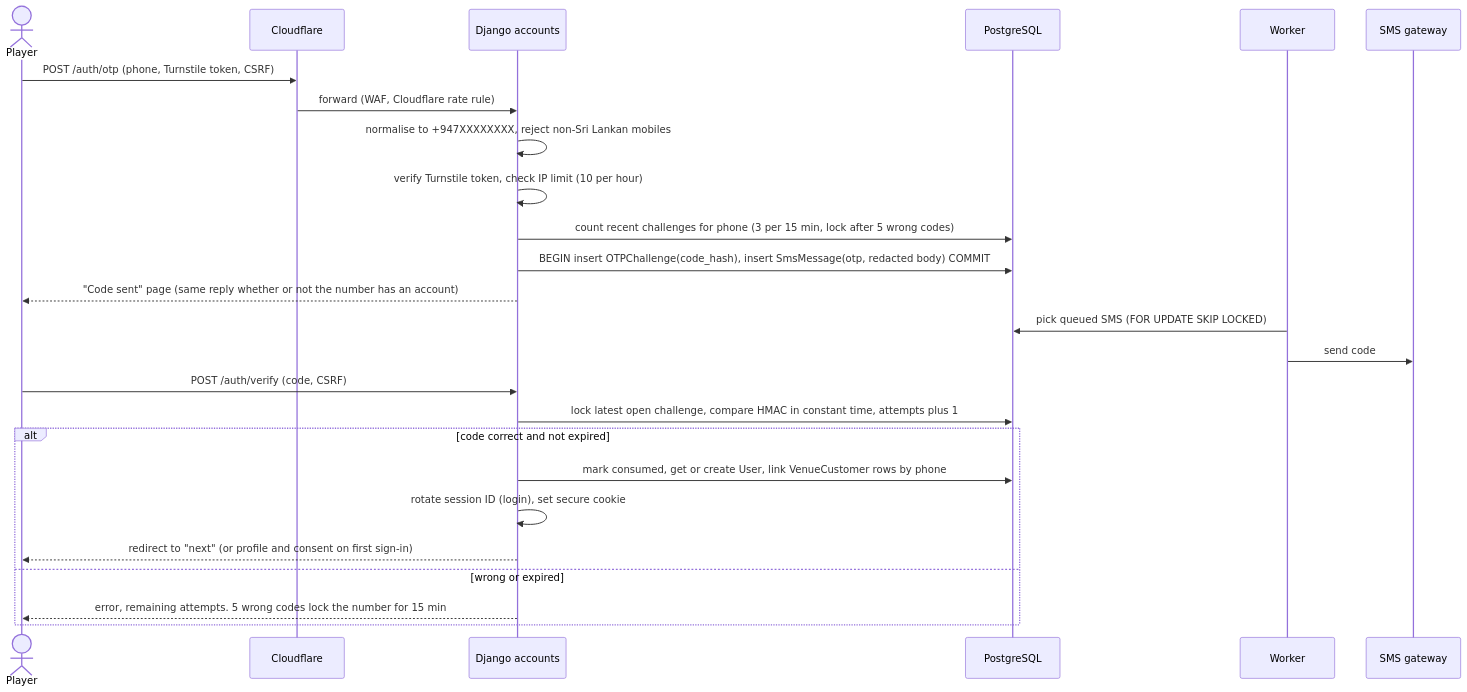
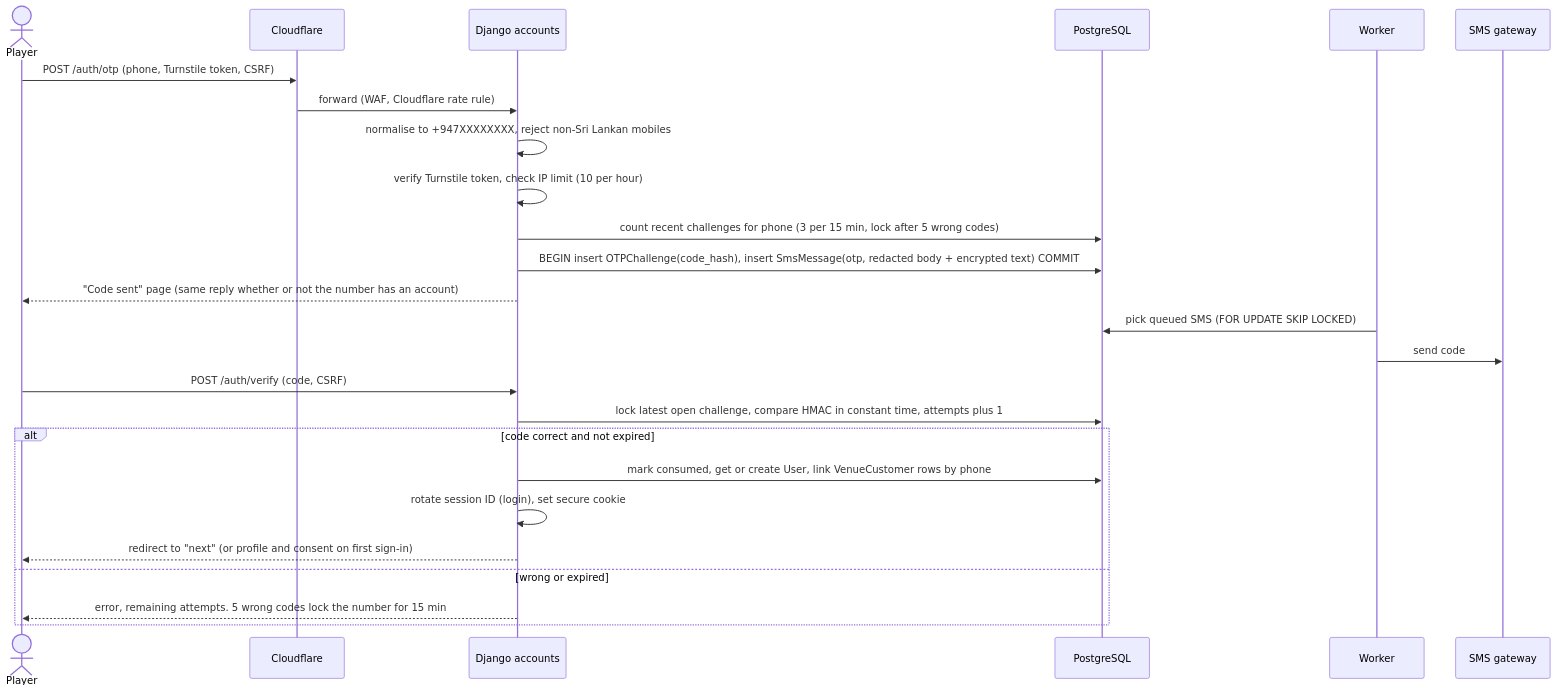
The first of 5 diagrams in docs/architecture.md (manamendraJN/Matchvia), drawn with Mermaid before and after one commit. The commit also changed other lines of this file and 3 other files, not shown here.

Commit message:
Update docs for accounts: OTP lock field, encrypted OTP outbox, progress

````diff
--- a/docs/architecture.md
+++ b/docs/architecture.md
@@ -122,28 +122,28 @@
 ```mermaid
 sequenceDiagram
     actor P as Player
     participant CF as Cloudflare
     participant D as Django accounts
     participant DB as PostgreSQL
     participant W as Worker
     participant G as SMS gateway
 
     P->>CF: POST /auth/otp (phone, Turnstile token, CSRF)
     CF->>D: forward (WAF, Cloudflare rate rule)
     D->>D: normalise to +947XXXXXXXX, reject non-Sri Lankan mobiles
     D->>D: verify Turnstile token, check IP limit (10 per hour)
     D->>DB: count recent challenges for phone (3 per 15 min, lock after 5 wrong codes)
-    D->>DB: BEGIN insert OTPChallenge(code_hash), insert SmsMessage(otp, redacted body) COMMIT
+    D->>DB: BEGIN insert OTPChallenge(code_hash), insert SmsMessage(otp, redacted body + encrypted text) COMMIT
     D-->>P: "Code sent" page (same reply whether or not the number has an account)
     W->>DB: pick queued SMS (FOR UPDATE SKIP LOCKED)
     W->>G: send code
     P->>D: POST /auth/verify (code, CSRF)
     D->>DB: lock latest open challenge, compare HMAC in constant time, attempts plus 1
     alt code correct and not expired
         D->>DB: mark consumed, get or create User, link VenueCustomer rows by phone
         D->>D: rotate session ID (login), set secure cookie
         D-->>P: redirect to "next" (or profile and consent on first sign-in)
     else wrong or expired
         D-->>P: error, remaining attempts. 5 wrong codes lock the number for 15 min
     end
 ```
````
